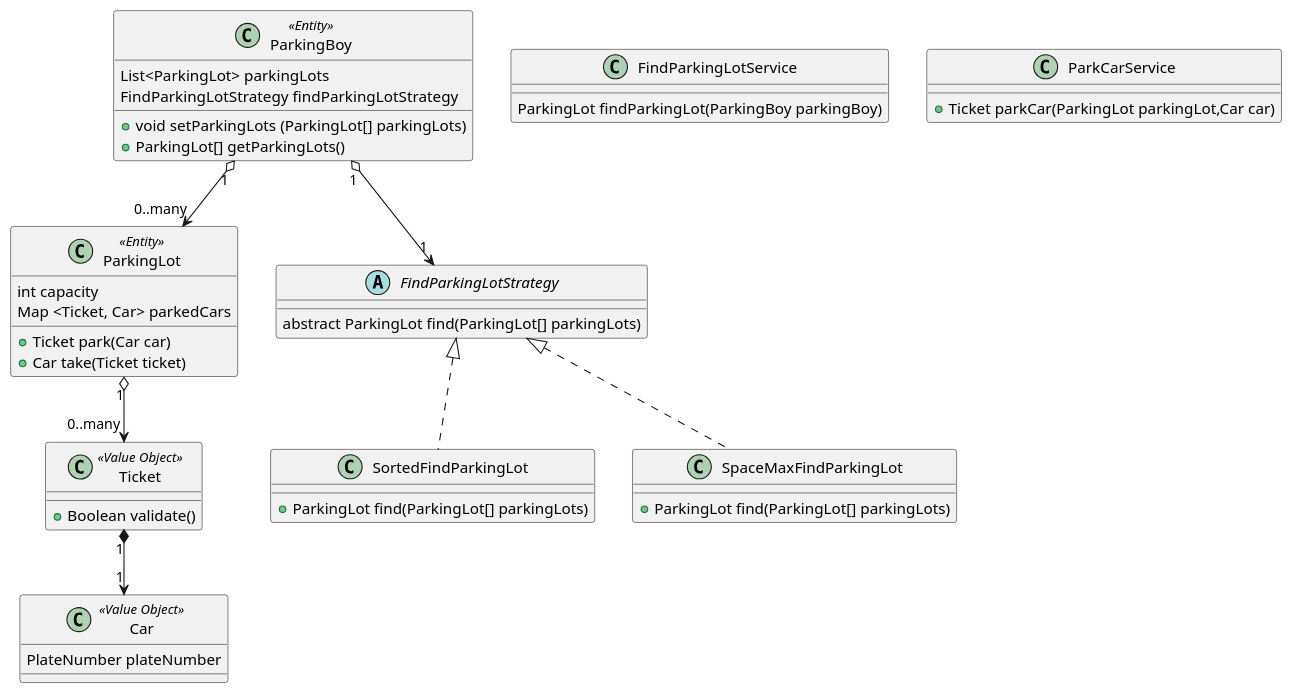
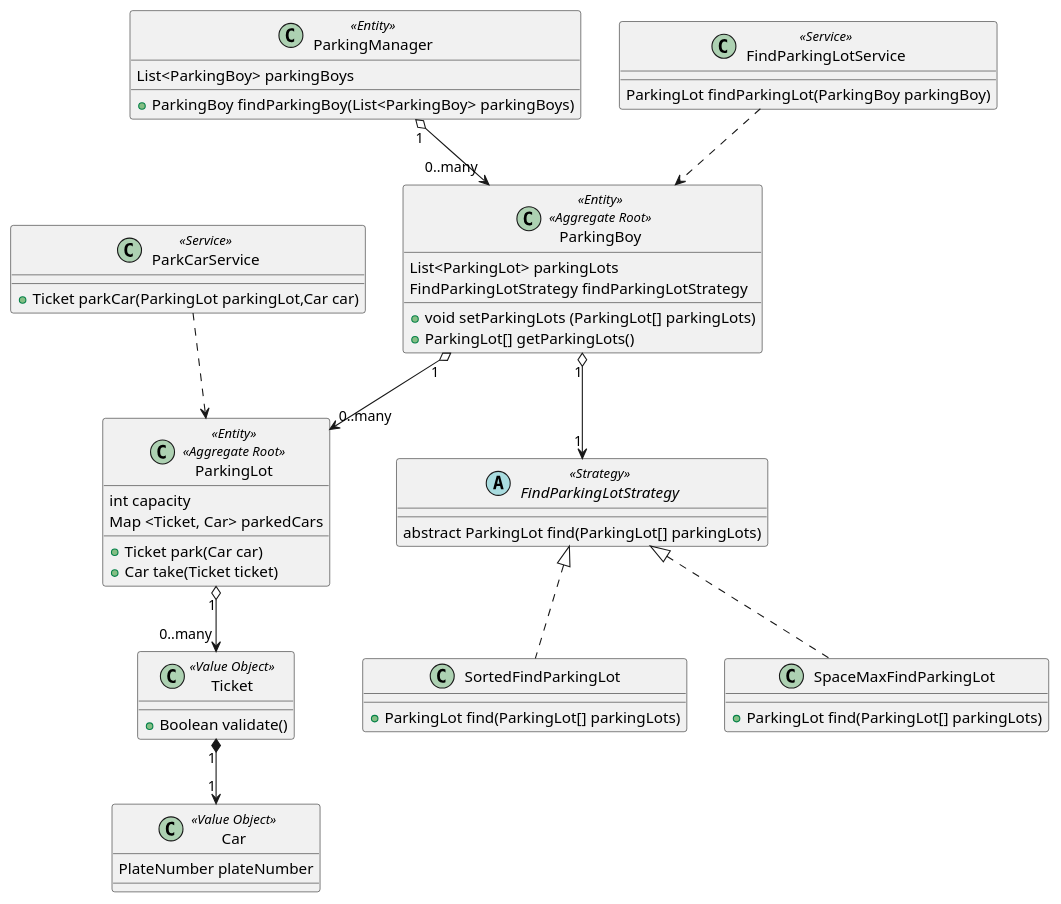
One commit to hanrongMan/ddd changed the diagram in parkingLot.puml. Above: the diagram before and after it, drawn with PlantUML.

Commit message:
update uml

```diff
--- a/parkingLot.puml
+++ b/parkingLot.puml
@@ -1,55 +1,63 @@
 @startuml
 
 
-Class ParkingBoy << Entity >> {
+Class ParkingManager <<Entity>> {
+List<ParkingBoy> parkingBoys
+
++ ParkingBoy findParkingBoy(List<ParkingBoy> parkingBoys)
+}
+
+Class ParkingBoy << Entity >> <<Aggregate Root>> {
   List<ParkingLot> parkingLots
   FindParkingLotStrategy findParkingLotStrategy
 
   + void setParkingLots (ParkingLot[] parkingLots)
   + ParkingLot[] getParkingLots()
 }
 
-class ParkingLot << Entity >> {
+class ParkingLot << Entity >> <<Aggregate Root>> {
   int capacity
   Map <Ticket, Car> parkedCars
 
   + Ticket park(Car car)
   + Car take(Ticket ticket)
 }
 
 Class Car << Value Object >> {
     PlateNumber plateNumber
 }
 
 Class Ticket << Value Object >> {
   + Boolean validate()
 }
 
-class FindParkingLotService {
+class FindParkingLotService <<Service>> {
 ParkingLot findParkingLot(ParkingBoy parkingBoy)
 }
 
-class ParkCarService{
+class ParkCarService <<Service>> {
 + Ticket parkCar(ParkingLot parkingLot,Car car)
 }
 
-abstract class FindParkingLotStrategy {
+abstract class FindParkingLotStrategy <<Strategy>> {
 abstract ParkingLot find(ParkingLot[] parkingLots)
 }
 
 Class SortedFindParkingLot{
 +ParkingLot find(ParkingLot[] parkingLots)
 }
 
 Class SpaceMaxFindParkingLot{
 +ParkingLot find(ParkingLot[] parkingLots)
 }
 
 FindParkingLotStrategy  <|.. SortedFindParkingLot
 FindParkingLotStrategy  <|.. SpaceMaxFindParkingLot
-
+ParkingManager "1" o--> "0..many" ParkingBoy
 Ticket "1" *--> "1" Car
 ParkingLot "1" o--> "0..many" Ticket
 ParkingBoy "1" o--> "0..many" ParkingLot
 ParkingBoy "1" o--> "1" FindParkingLotStrategy
+FindParkingLotService ..> ParkingBoy
+ParkCarService ..> ParkingLot
 @enduml
```
